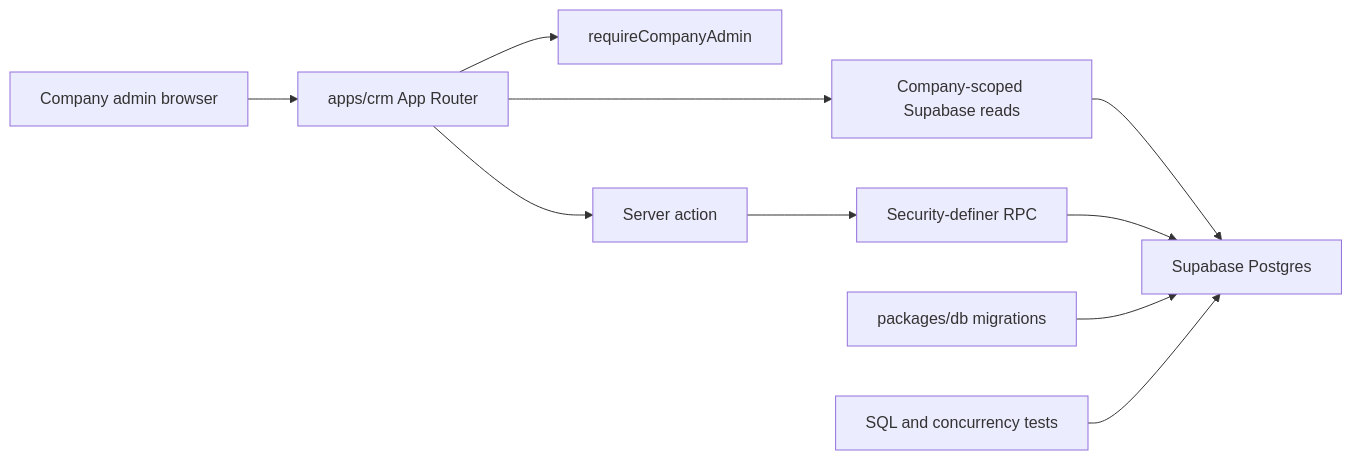
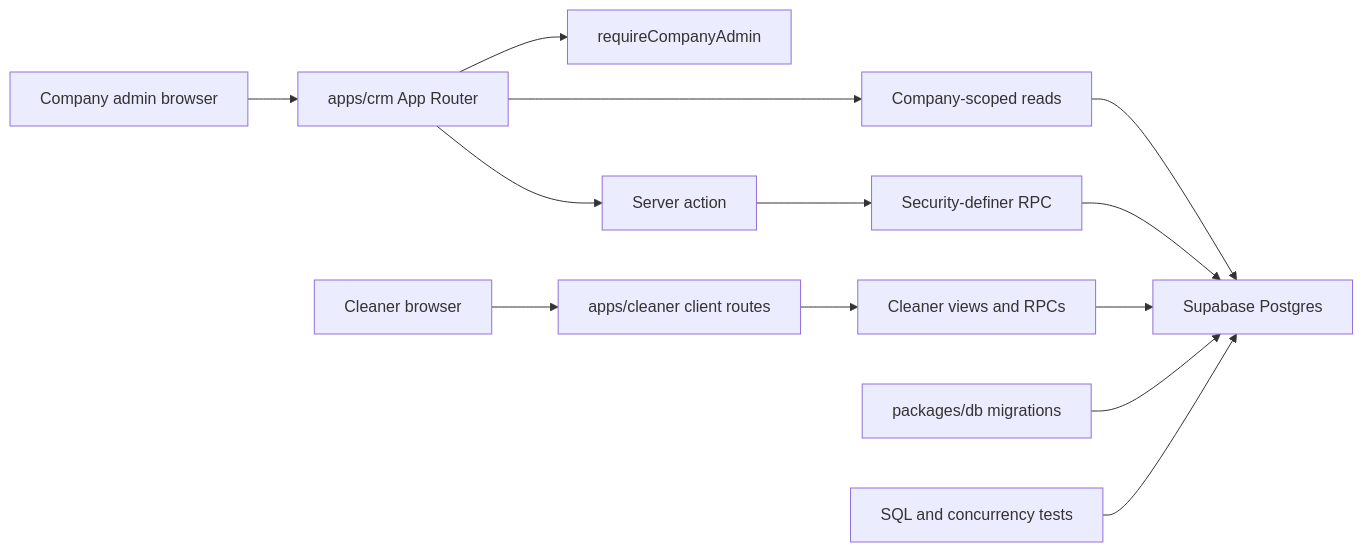
The diagram in openwiki/architecture/overview.md (lspinheiro/clean_app_crm), drawn with Mermaid before and after one commit. The commit also changed other lines of this file and 16 other files, not shown here.

````diff
--- a/openwiki/architecture/overview.md
+++ b/openwiki/architecture/overview.md
@@ -18,12 +18,15 @@
 ```mermaid
 flowchart LR
-    Browser["Company admin browser"] --> Next["apps/crm App Router"]
-    Next --> Session["requireCompanyAdmin"]
-    Next --> Read["Company-scoped Supabase reads"]
-    Next --> Action["Server action"]
+    Admin["Company admin browser"] --> CRM["apps/crm App Router"]
+    CRM --> Session["requireCompanyAdmin"]
+    CRM --> Read["Company-scoped reads"]
+    CRM --> Action["Server action"]
     Action --> RPC["Security-definer RPC"]
+    Cleaner["Cleaner browser"] --> CleanerApp["apps/cleaner client routes"]
+    CleanerApp --> CleanerData["Cleaner views and RPCs"]
     Read --> Supabase["Supabase Postgres"]
     RPC --> Supabase
+    CleanerData --> Supabase
     Migrations["packages/db migrations"] --> Supabase
     SQLTests["SQL and concurrency tests"] --> Supabase
 ```
````
